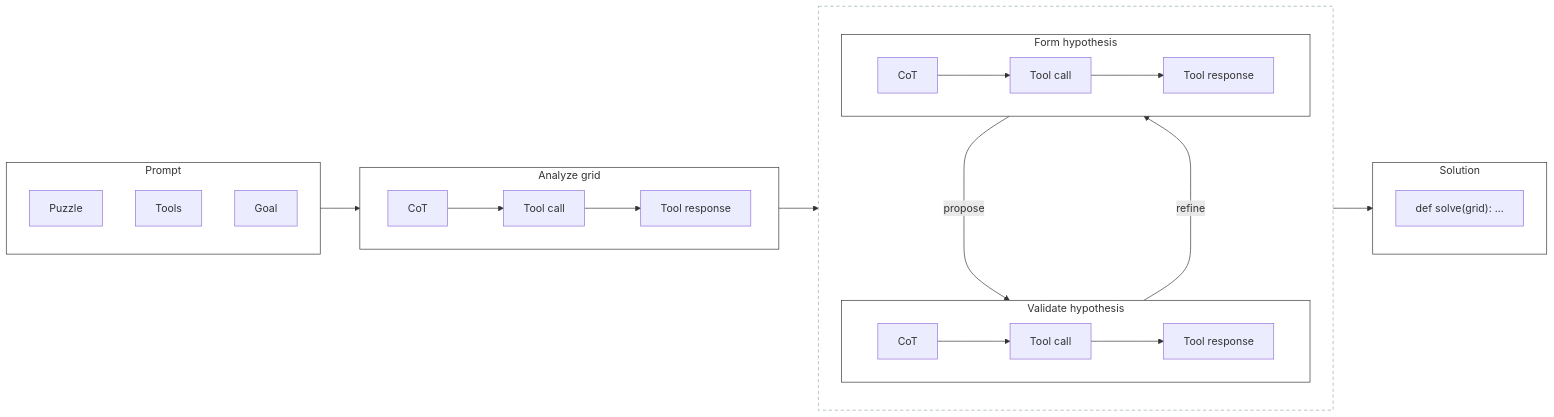
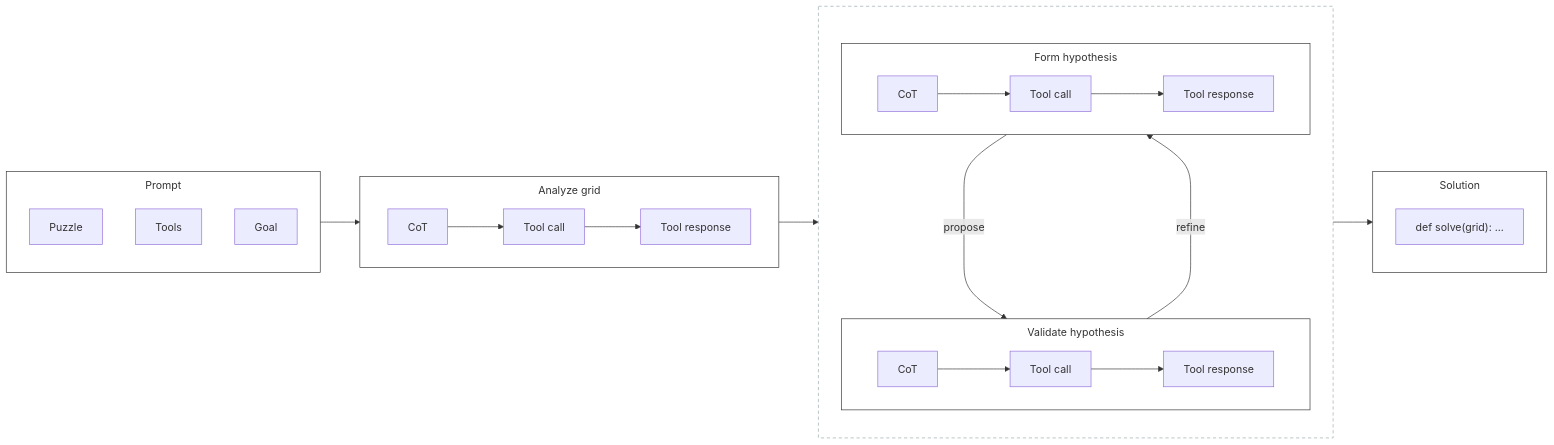
One commit to pivotools/arc-agi-presentation changed the second of 2 diagrams in posts/agentic_coding_arc_agi/presentation.qmd. Above: the diagram before and after it, drawn with Mermaid.

Commit message:
added speaker note for first comclusion slide

````diff
--- a/posts/agentic_coding_arc_agi/presentation.qmd
+++ b/posts/agentic_coding_arc_agi/presentation.qmd
@@ -309,43 +309,43 @@
 ```{mermaid}
 %%| fig-align: center
-%%{init: {"flowchart": {"curve": "basis", "htmlLabels": true, "nodeSpacing": 50, "rankSpacing": 60}} }%%
+%%{init: {"flowchart": {"curve": "basis", "htmlLabels": true, "nodeSpacing": 50, "rankSpacing": 60, "subGraphTitleMargin": {"top": 8, "bottom": 6}}} }%%
 flowchart LR
     subgraph Prompt["Prompt"]
         direction TB
         P_Puzzle["Puzzle"]
         P_Tools["Tools"]
         P_Goal["Goal"]
     end
 
     subgraph Analyze["Analyze grid"]
         direction LR
         A_CoT["CoT"] --> A_TC["Tool call"] --> A_TR["Tool response"]
     end
 
     subgraph Loop[" "]
         direction TB
         subgraph Validate["Validate hypothesis"]
             direction LR
             V_CoT["CoT"] --> V_TC["Tool call"] --> V_TR["Tool response"]
         end
         subgraph FormHypo["Form hypothesis"]
             direction LR
             F_CoT["CoT"] --> F_TC["Tool call"] --> F_TR["Tool response"]
         end
         FormHypo -->|propose| Validate
         Validate ---->|refine| FormHypo
     end
 
     subgraph Solution["Solution"]
         S_Code["def solve(grid): ..."]
     end
 
     Prompt --> Analyze
     Analyze --> Loop
     Loop --> Solution
 
     classDef cardCluster fill:#ffffff,stroke:#333333,stroke-width:1px;
     class Prompt,Analyze,FormHypo,Validate,Solution cardCluster;
     classDef loopRegion fill:none,stroke:#9aa,stroke-dasharray:5 4;
     class Loop loopRegion;
 ```
````
